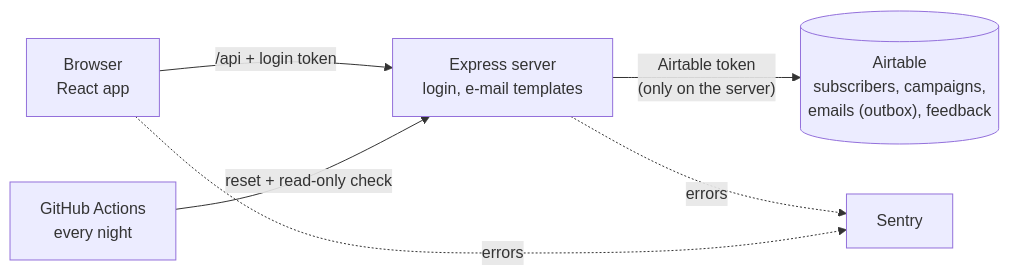
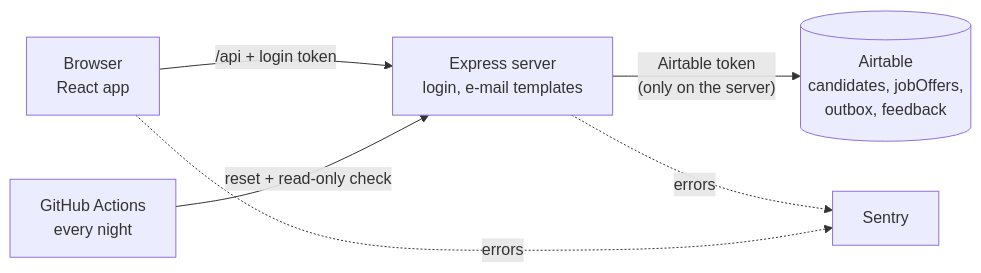
One commit to SzymonRojek/email-campaign-react-airtable changed the diagram in README.md. Above: the diagram before and after it, drawn with Mermaid. The commit also changed other lines of this file and 176 other files, not shown here.

````diff
--- a/README.md
+++ b/README.md
@@ -144,8 +134,8 @@
 ```mermaid
 flowchart LR
   B["Browser<br/>React app"] -- "/api + login token" --> S["Express server<br/>login, e-mail templates"]
-  S -- "Airtable token<br/>(only on the server)" --> A[("Airtable<br/>subscribers, campaigns,<br/>emails (outbox), feedback")]
+  S -- "Airtable token<br/>(only on the server)" --> A[("Airtable<br/>candidates, jobOffers,<br/>outbox, feedback")]
   S -. errors .-> M["Sentry"]
   B -. errors .-> M
   G["GitHub Actions<br/>every night"] -- "reset + read-only check" --> S
 ```
````
